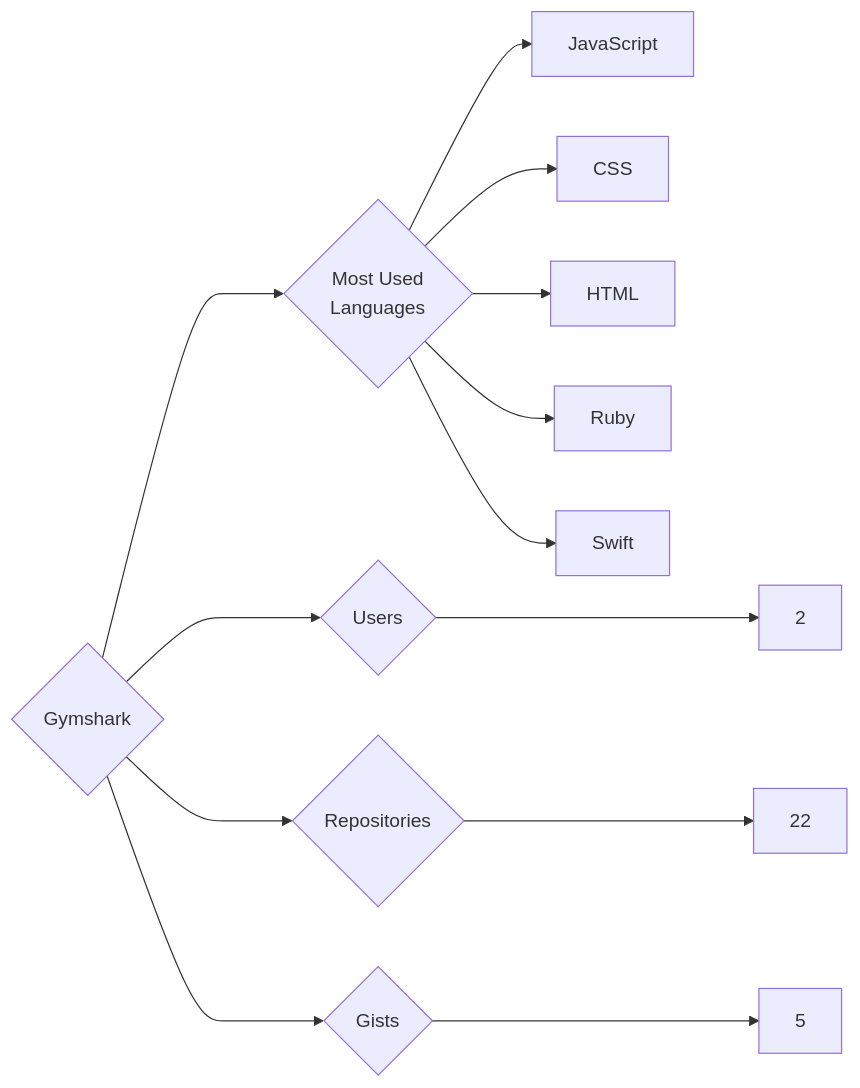
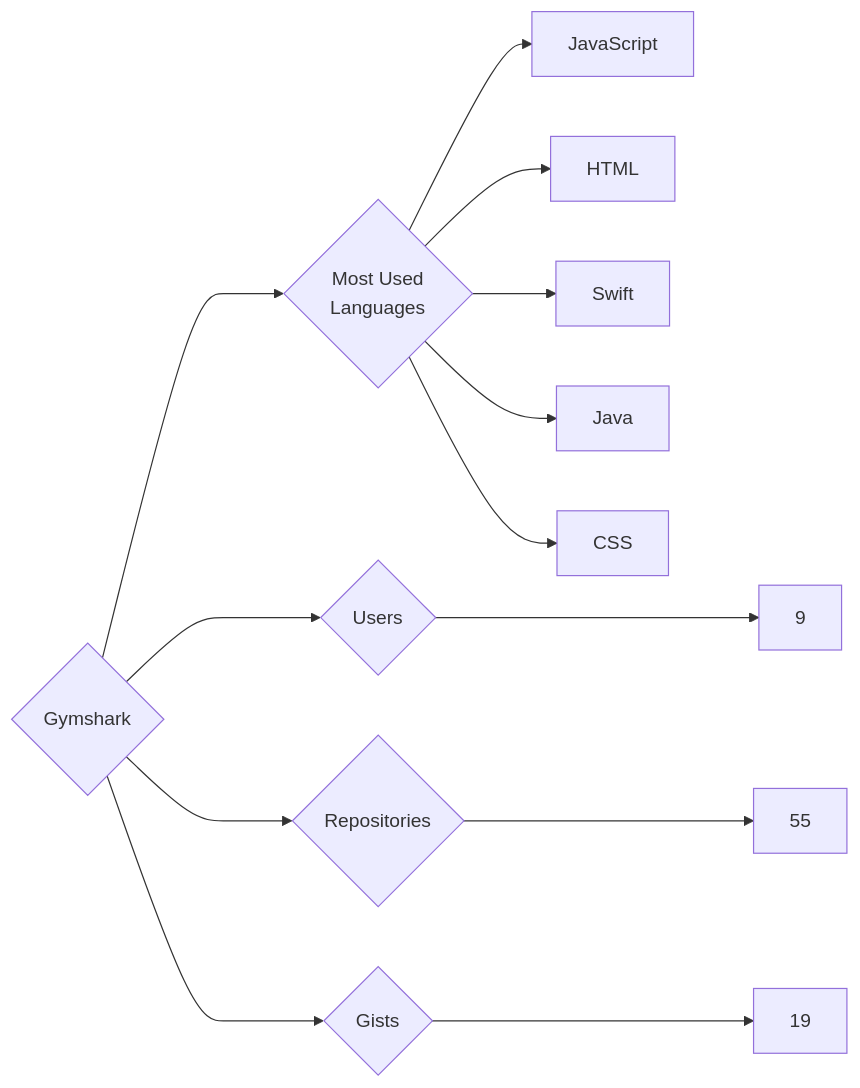
One commit to trickest/insiders changed the diagram in targets/Gymshark/README.md. Above: the diagram before and after it, drawn with Mermaid. The commit also changed 888 other files, not shown here.

````diff
--- a/targets/Gymshark/README.md
+++ b/targets/Gymshark/README.md
@@ -3,13 +3,13 @@
 ```mermaid
 graph LR
 COMPANY_NAME{Gymshark}
-COMPANY_NAME ---> U{Users} ---> UN[2]
-COMPANY_NAME ---> R{Repositories} ---> RN[22]
-COMPANY_NAME ---> G{Gists} ---> GN[5]
+COMPANY_NAME ---> U{Users} ---> UN[9]
+COMPANY_NAME ---> R{Repositories} ---> RN[55]
+COMPANY_NAME ---> G{Gists} ---> GN[19]
 COMPANY_NAME ---> ML{Most Used<br>Languages}
 ML --> JavaScript[JavaScript]
+ML --> HTML[HTML]
+ML --> Swift[Swift]
+ML --> Java[Java]
 ML --> CSS[CSS]
-ML --> HTML[HTML]
-ML --> Ruby[Ruby]
-ML --> Swift[Swift]
 ```
````
